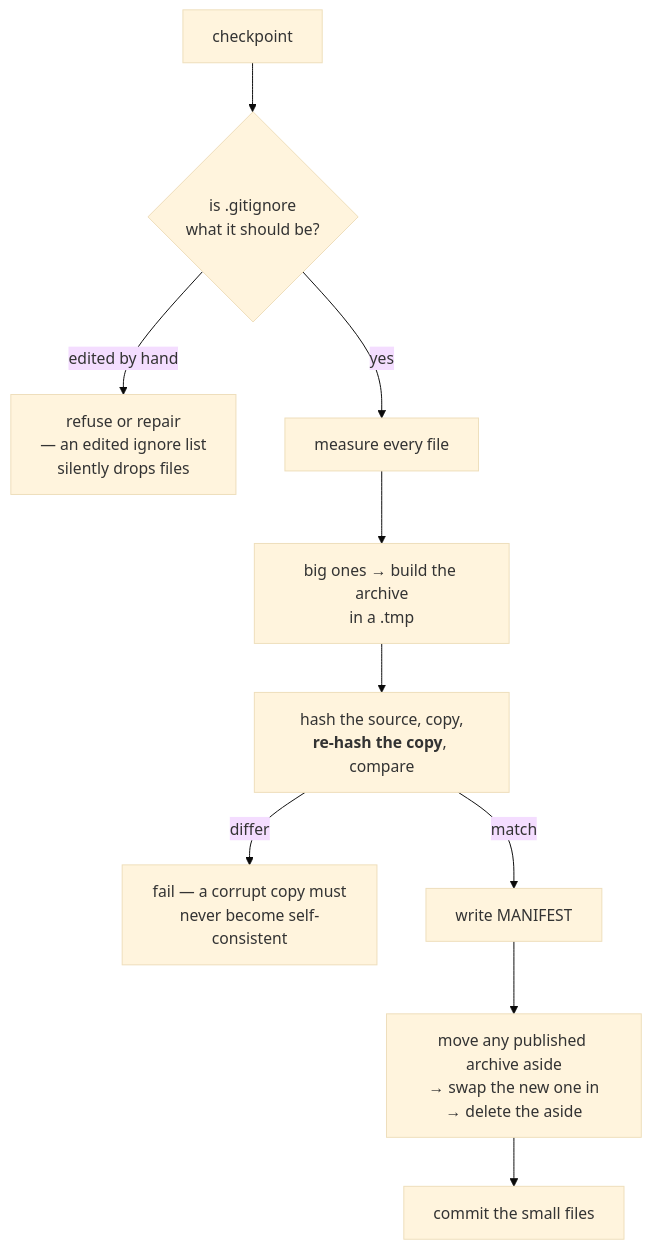
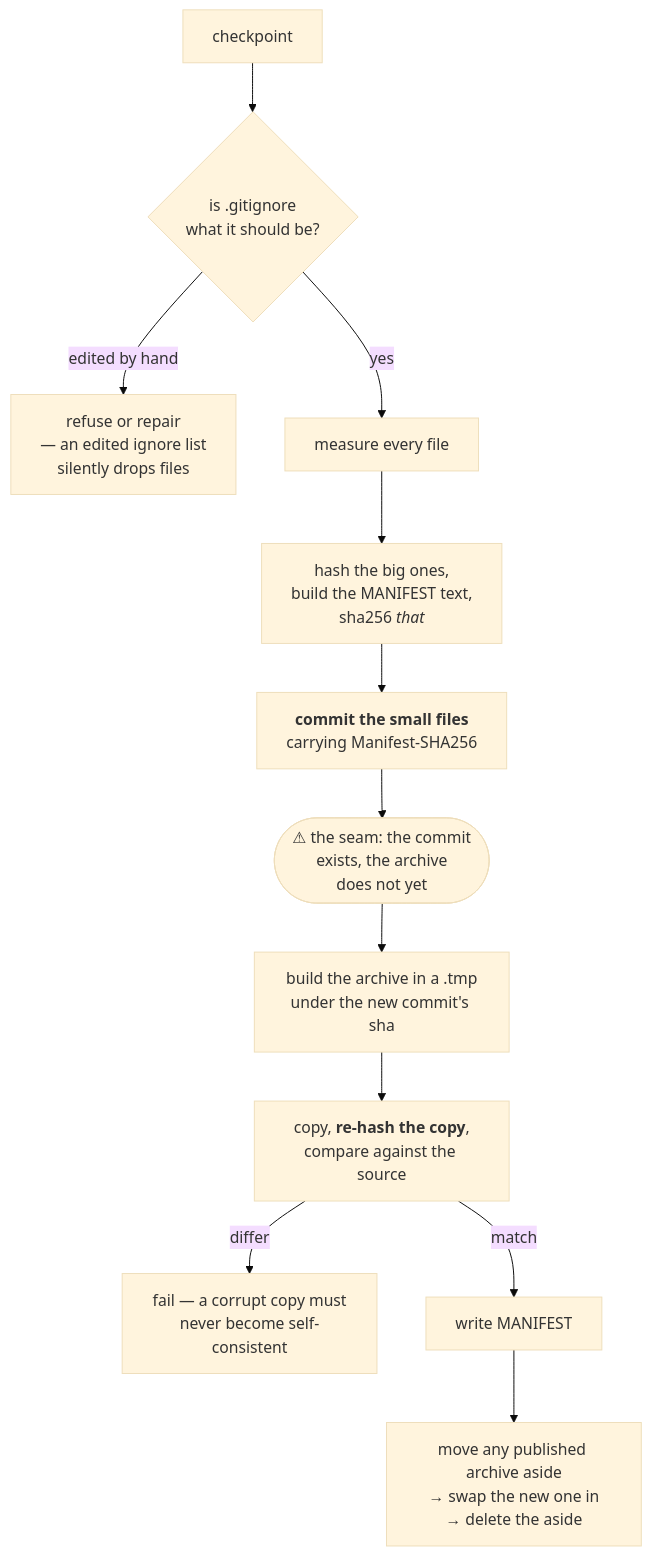
Before and after one commit to Qing-LAB/molbuilder: the second of 3 diagrams in docs/execution/checkpointing.md, drawn with Mermaid (base theme). The commit also changed other lines of this file, not shown here.

````diff
--- a/docs/execution/checkpointing.md
+++ b/docs/execution/checkpointing.md
@@ -223,12 +223,14 @@
 ```mermaid
 flowchart TB
     S["checkpoint"] --> R{"is .gitignore<br/>what it should be?"}
     R -->|"edited by hand"| STOP1["refuse or repair<br/>— an edited ignore list<br/>silently drops files"]
     R -->|"yes"| M["measure every file"]
-    M --> B["big ones → build the archive<br/>in a .tmp"]
-    B --> V["hash the source, copy,<br/><b>re-hash the copy</b>, compare"]
+    M --> H["hash the big ones,<br/>build the MANIFEST text,<br/>sha256 <i>that</i>"]
+    H --> C["<b>commit the small files</b><br/>carrying Manifest-SHA256"]
+    C --> GAP(["⚠ the seam: the commit<br/>exists, the archive<br/>does not yet"])
+    GAP --> B["build the archive in a .tmp<br/>under the new commit's sha"]
+    B --> V["copy, <b>re-hash the copy</b>,<br/>compare against the source"]
     V -->|"differ"| STOP2["fail — a corrupt copy must<br/>never become self-consistent"]
     V -->|"match"| W["write MANIFEST"]
     W --> SW["move any published archive aside<br/>→ swap the new one in<br/>→ delete the aside"]
-    SW --> C["commit the small files"]
 ```
````
